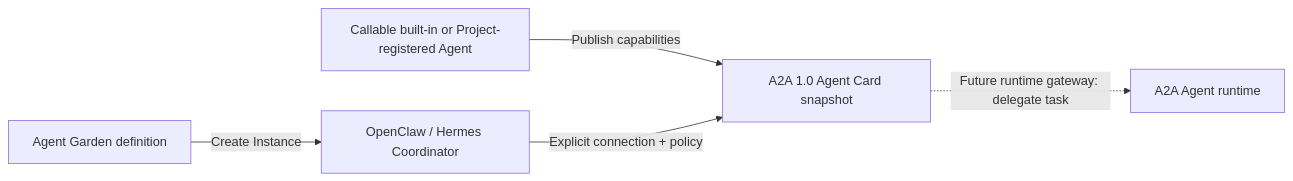
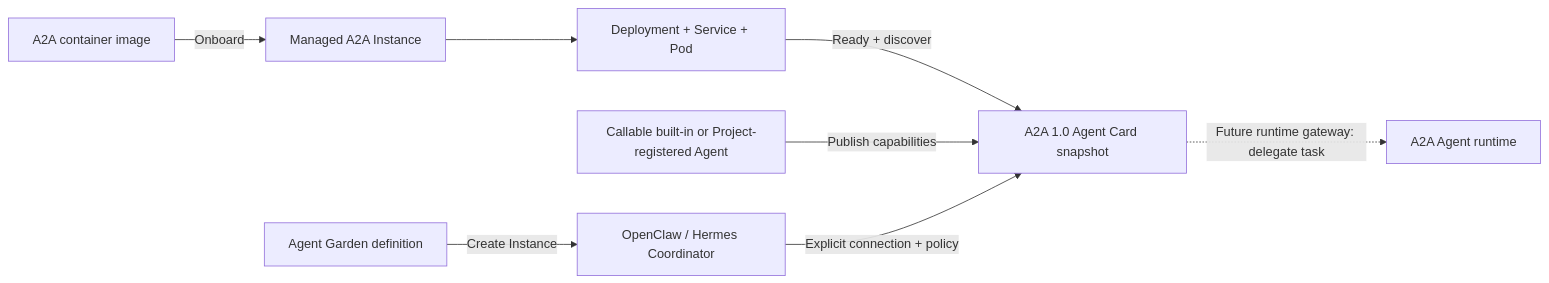
One commit to feng2009-hub/tasklattice-relay changed the diagram in docs/agent-garden-architecture.md. Above: the diagram before and after it, drawn with Mermaid. The commit also changed other lines of this file and 17 other files, not shown here.

````diff
--- a/docs/agent-garden-architecture.md
+++ b/docs/agent-garden-architecture.md
@@ -23,7 +24,10 @@
 ```mermaid
 flowchart LR
   G["Agent Garden definition"] -->|"Create Instance"| C["OpenClaw / Hermes Coordinator"]
-  R["Callable built-in or Project-registered Agent"] -->|"Publish capabilities"| D["A2A 1.0 Agent Card snapshot"]
+  I["A2A container image"] -->|"Onboard"| MI["Managed A2A Instance"]
+  MI --> K["Deployment + Service + Pod"]
+  K -->|"Ready + discover"| D["A2A 1.0 Agent Card snapshot"]
+  R["Callable built-in or Project-registered Agent"] -->|"Publish capabilities"| D
   C -->|"Explicit connection + policy"| D
   D -.->|"Future runtime gateway: delegate task"| A["A2A Agent runtime"]
 ```
````
